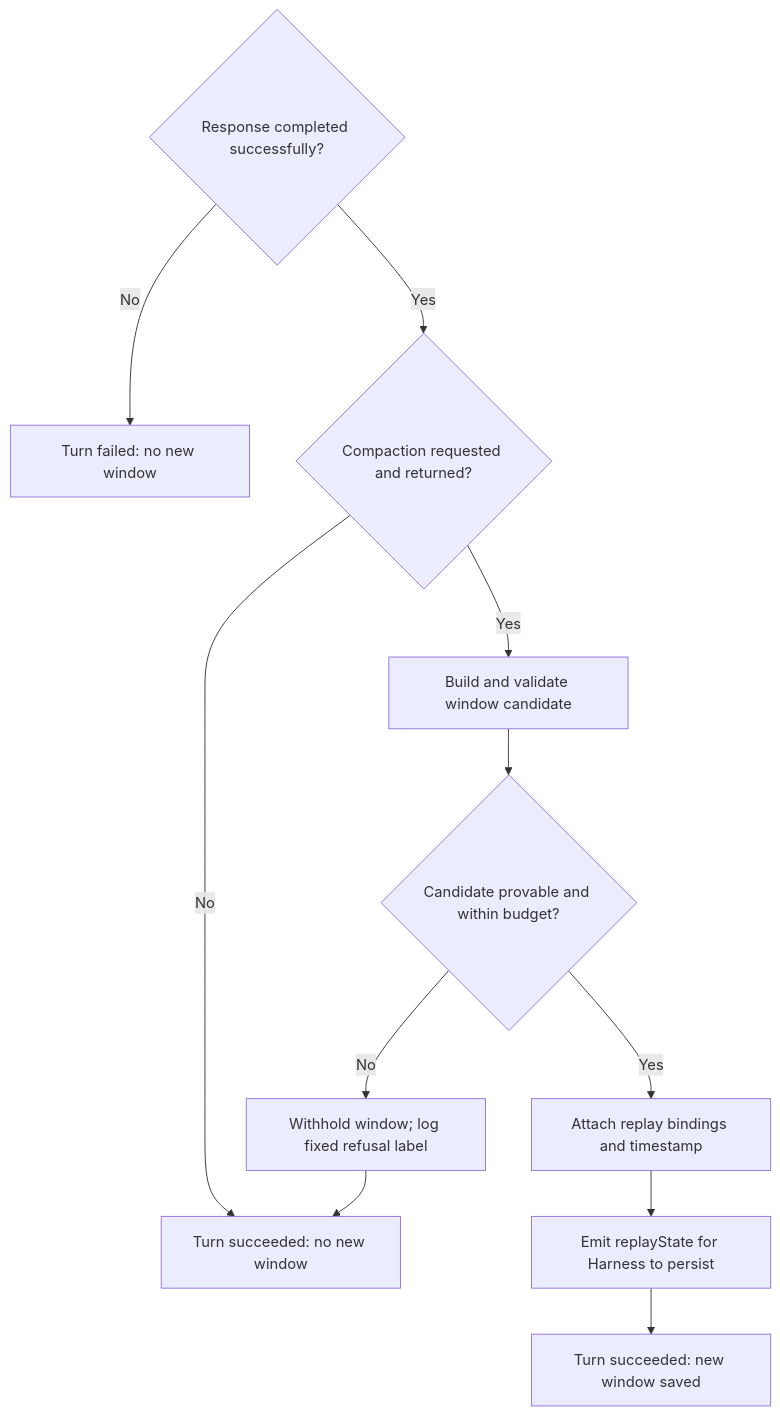
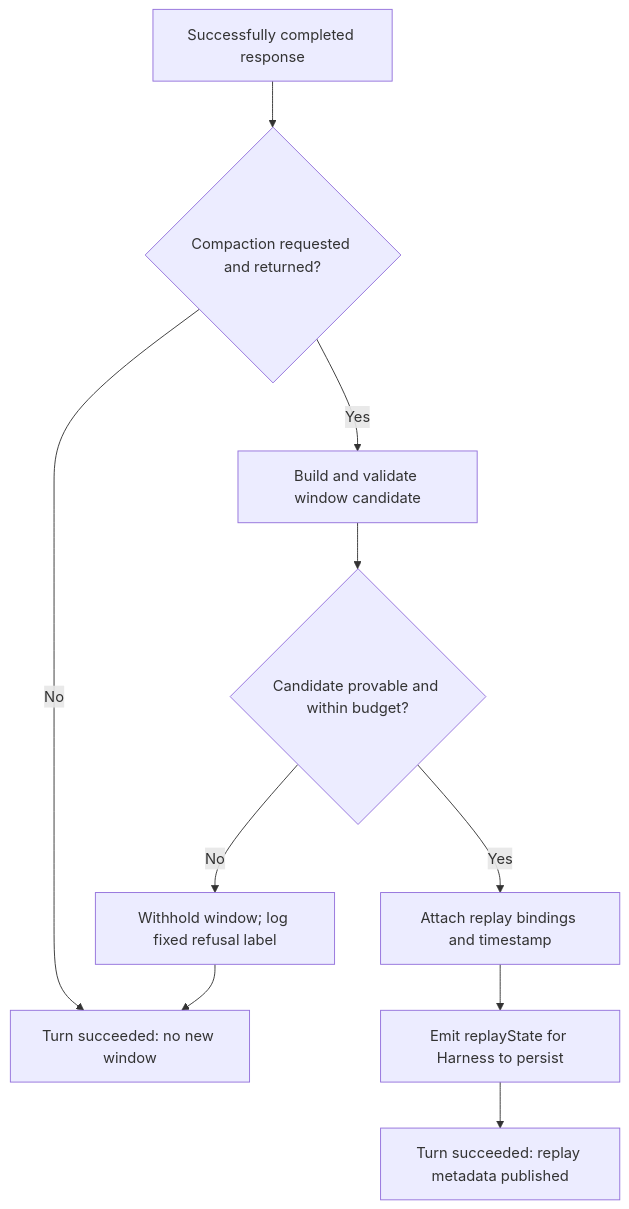
Before and after one commit to sakusaku-rich/dsh-codex-subscription-bridge: the third of 3 diagrams in docs/COMPACTION.md, drawn with Mermaid. The commit also changed other lines of this file, not shown here.

Commit message:
docs: distinguish replay and full-history trimming flows

````diff
--- a/docs/COMPACTION.md
+++ b/docs/COMPACTION.md
@@ -94,14 +100,12 @@
 ```mermaid
 flowchart TD
-    Response{"Response completed successfully?"}
-    Response -->|No| Failed["Turn failed: no new window"]
-    Response -->|Yes| Compact{"Compaction requested and returned?"}
+    Response["Successfully completed response"] --> Compact{"Compaction requested and returned?"}
     Compact -->|No| Unchanged["Turn succeeded: no new window"]
     Compact -->|Yes| Build["Build and validate window candidate"]
     Build --> Valid{"Candidate provable and within budget?"}
     Valid -->|No| Refuse["Withhold window; log fixed refusal label"]
     Refuse --> Unchanged
     Valid -->|Yes| Bind["Attach replay bindings and timestamp"]
     Bind --> Save["Emit replayState for Harness to persist"]
-    Save --> Saved["Turn succeeded: new window saved"]
+    Save --> Saved["Turn succeeded: replay metadata published"]
 ```
````
